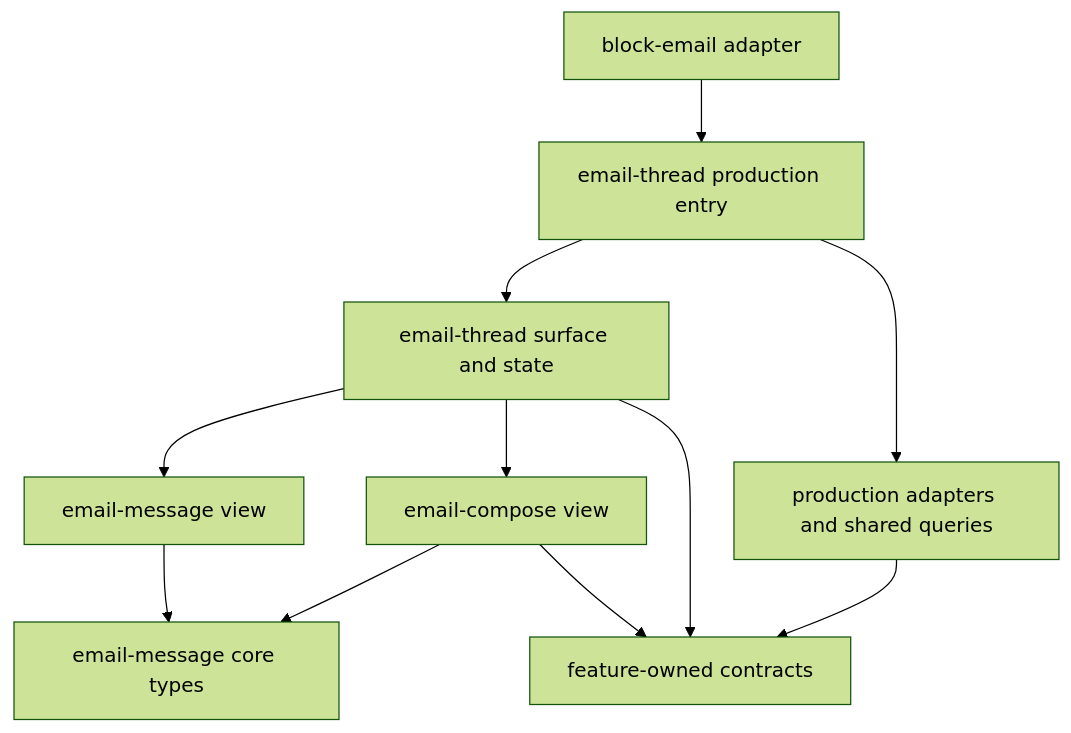
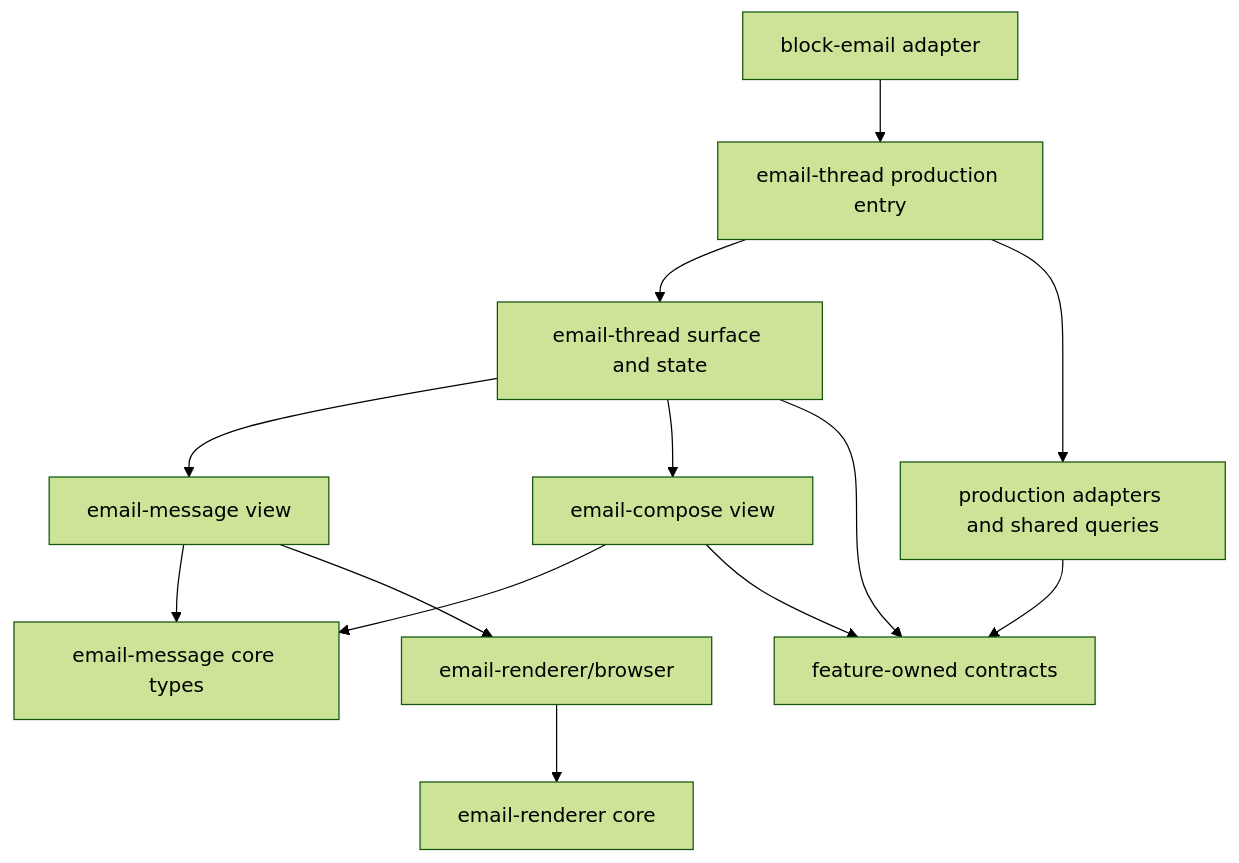
One commit to macro-inc/macro changed the diagram in docs/EMAIL_FEATURE_ARCHITECTURE.md. Above: the diagram before and after it, drawn with Mermaid (forest theme). The commit also changed other lines of this file and 87 other files, not shown here.

````diff
--- a/docs/EMAIL_FEATURE_ARCHITECTURE.md
+++ b/docs/EMAIL_FEATURE_ARCHITECTURE.md
@@ -26,13 +27,15 @@
 ```mermaid
 flowchart TD
   Block[block-email adapter] --> ThreadRoot[email-thread production entry]
   ThreadRoot --> Thread[email-thread surface and state]
   ThreadRoot --> Adapters[production adapters and shared queries]
   Thread --> Message[email-message view]
   Thread --> Compose[email-compose view]
   Compose --> Model[email-message core types]
   Message --> Model
+  Message --> RendererBrowser[email-renderer/browser]
+  RendererBrowser --> RendererCore[email-renderer core]
   Adapters --> Contracts[feature-owned contracts]
   Thread --> Contracts
   Compose --> Contracts
 ```
````
